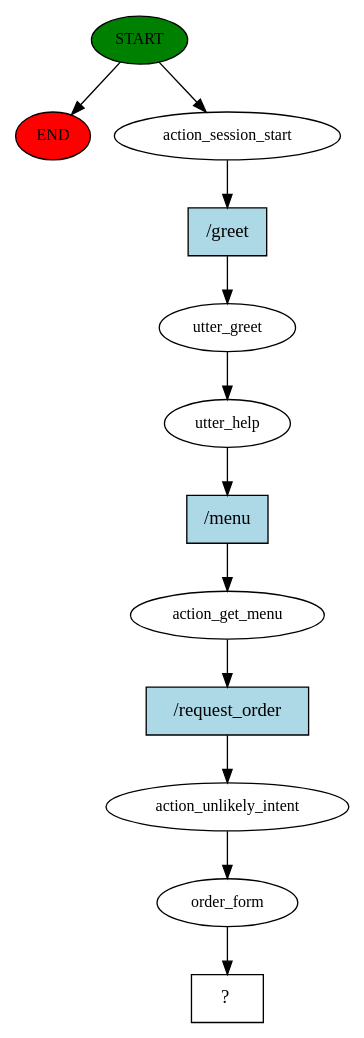
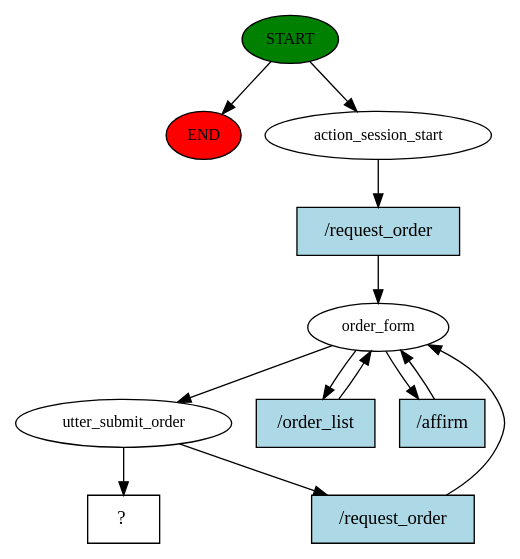
One commit to Matthmul/Skrypty changed the diagram in Zadanie2/story_graph.dot. Above: the diagram before and after it, drawn with Graphviz. The commit also changed 32 other files, not shown here.

```diff
--- a/Zadanie2/story_graph.dot
+++ b/Zadanie2/story_graph.dot
@@ -1,25 +1,24 @@
 digraph  {
 0 [class="start active", fillcolor=green, fontsize=12, label=START, style=filled];
 "-1" [class=end, fillcolor=red, fontsize=12, label=END, style=filled];
 1 [class=active, fontsize=12, label=action_session_start];
-2 [class=active, fontsize=12, label=utter_greet];
-3 [class=active, fontsize=12, label=utter_help];
-4 [class=active, fontsize=12, label=action_get_menu];
-5 [class=active, fontsize=12, label=action_unlikely_intent];
-6 [class=active, fontsize=12, label=order_form];
-7 [class="intent dashed active", label="  ?  ", shape=rect];
-8 [class="intent active", fillcolor=lightblue, label="/greet", shape=rect, style=filled];
-9 [class="intent active", fillcolor=lightblue, label="/menu", shape=rect, style=filled];
+2 [class=active, fontsize=12, label=order_form];
+4 [class=active, fontsize=12, label=utter_submit_order];
+9 [class="intent dashed active", label="  ?  ", shape=rect];
 10 [class="intent active", fillcolor=lightblue, label="/request_order", shape=rect, style=filled];
+11 [class="intent active", fillcolor=lightblue, label="/order_list", shape=rect, style=filled];
+12 [class="intent active", fillcolor=lightblue, label="/affirm", shape=rect, style=filled];
+13 [class="intent active", fillcolor=lightblue, label="/request_order", shape=rect, style=filled];
 0 -> "-1"  [class="", key=NONE, label=""];
 0 -> 1  [class=active, key=NONE, label=""];
-1 -> 8  [class=active, key=0];
-2 -> 3  [class=active, key=NONE, label=""];
-3 -> 9  [class=active, key=0];
-4 -> 10  [class=active, key=0];
-5 -> 6  [class=active, key=NONE, label=""];
-6 -> 7  [class=active, key=NONE, label=""];
-8 -> 2  [class=active, key=0];
-9 -> 4  [class=active, key=0];
-10 -> 5  [class=active, key=0];
+1 -> 10  [class=active, key=0];
+2 -> 4  [class=active, key=NONE, label=""];
+2 -> 11  [class=active, key=0];
+2 -> 12  [class=active, key=0];
+4 -> 9  [class=active, key=NONE, label=""];
+4 -> 13  [class=active, key=0];
+10 -> 2  [class=active, key=0];
+11 -> 2  [class=active, key=0];
+12 -> 2  [class=active, key=0];
+13 -> 2  [class=active, key=0];
 }
```
